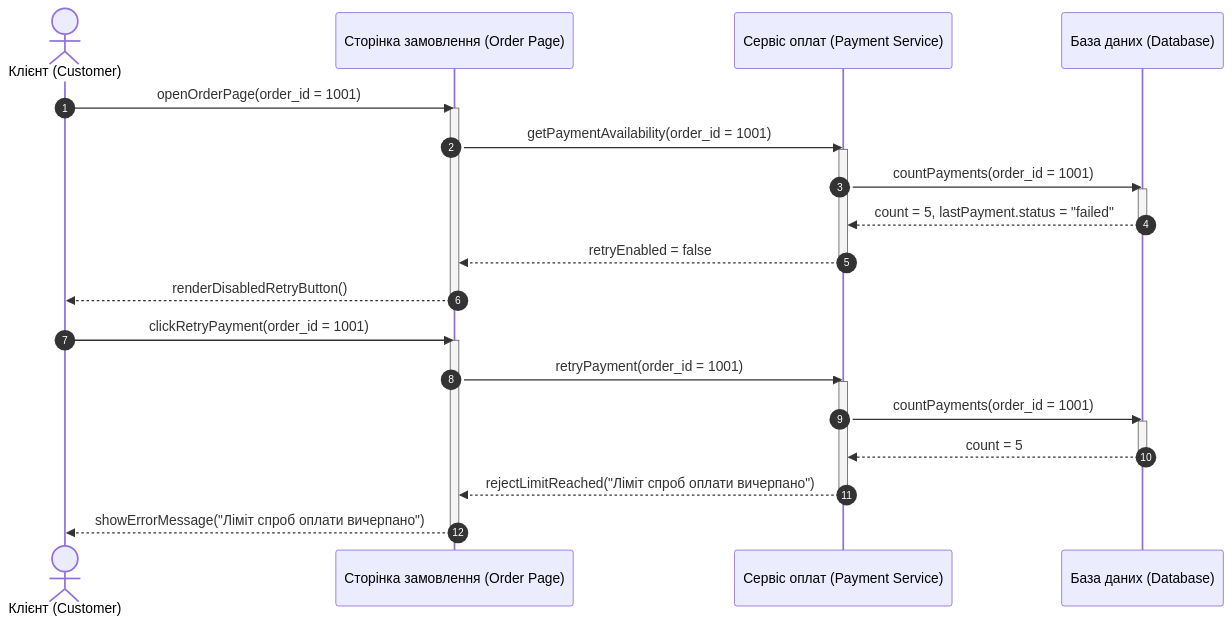
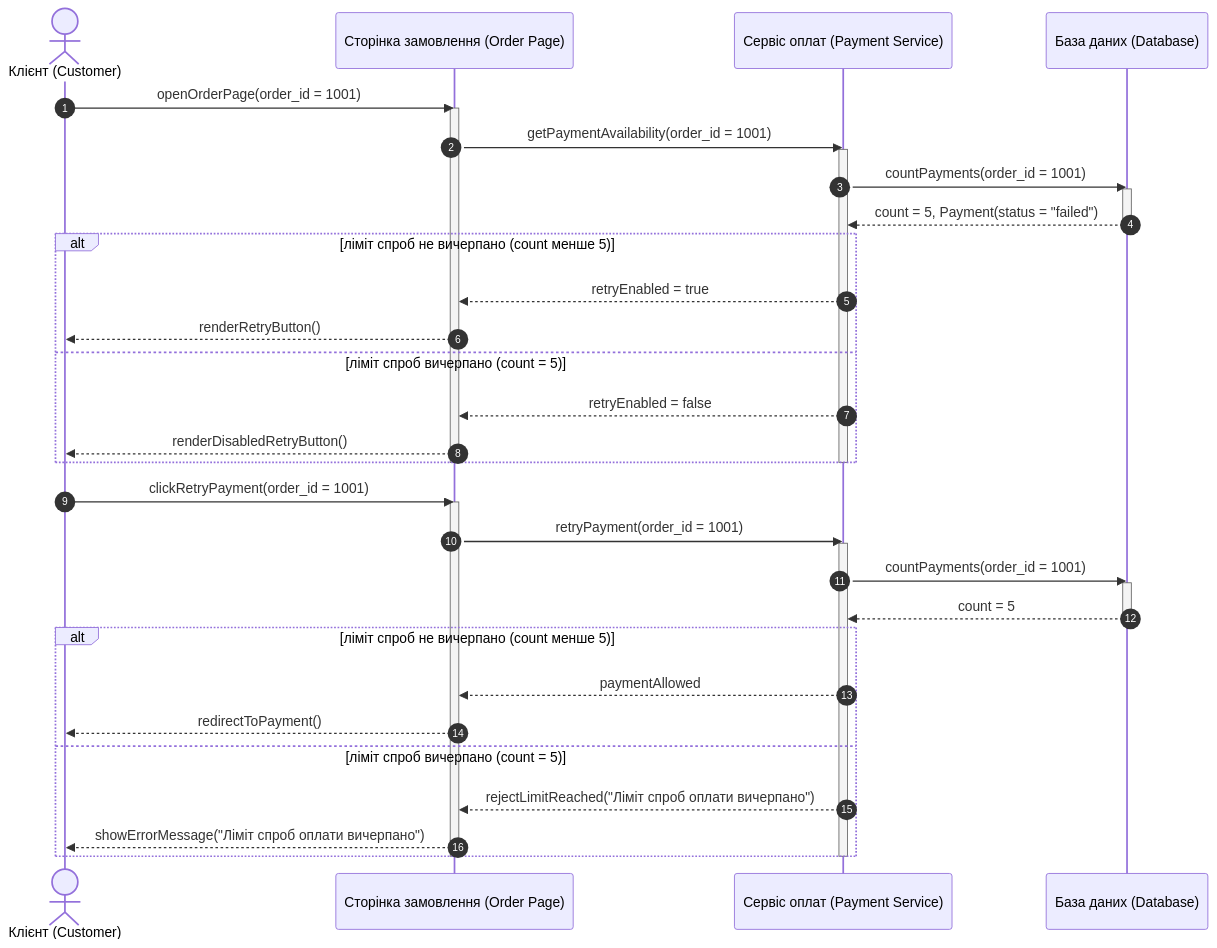
The fourth of 15 diagrams in Lab3/diagram.md (hutnichs/KPI_MAVPZ), drawn with Mermaid before and after one commit. The commit also changed other lines of this file, not shown here.

Commit message:
Refactor payment flow and update details

````diff
--- a/Lab3/diagram.md
+++ b/Lab3/diagram.md
@@ -132,34 +140,44 @@
 ```mermaid
 sequenceDiagram
     autonumber
     actor Customer as Клієнт (Customer)
     participant Page as Сторінка замовлення (Order Page)
     participant PS as Сервіс оплат (Payment Service)
     participant DB as База даних (Database)
 
     Customer->>Page: openOrderPage(order_id = 1001)
     activate Page
     Page->>PS: getPaymentAvailability(order_id = 1001)
     activate PS
     PS->>DB: countPayments(order_id = 1001)
     activate DB
-    DB-->>PS: count = 5, lastPayment.status = "failed"
+    DB-->>PS: count = 5, Payment(status = "failed")
     deactivate DB
-    PS-->>Page: retryEnabled = false
+    alt ліміт спроб не вичерпано (count менше 5)
+        PS-->>Page: retryEnabled = true
+        Page-->>Customer: renderRetryButton()
+    else ліміт спроб вичерпано (count = 5)
+        PS-->>Page: retryEnabled = false
+        Page-->>Customer: renderDisabledRetryButton()
+    end
     deactivate PS
-    Page-->>Customer: renderDisabledRetryButton()
     deactivate Page
 
     Customer->>Page: clickRetryPayment(order_id = 1001)
     activate Page
     Page->>PS: retryPayment(order_id = 1001)
     activate PS
     PS->>DB: countPayments(order_id = 1001)
     activate DB
     DB-->>PS: count = 5
     deactivate DB
-    PS-->>Page: rejectLimitReached("Ліміт спроб оплати вичерпано")
+    alt ліміт спроб не вичерпано (count менше 5)
+        PS-->>Page: paymentAllowed
+        Page-->>Customer: redirectToPayment()
+    else ліміт спроб вичерпано (count = 5)
+        PS-->>Page: rejectLimitReached("Ліміт спроб оплати вичерпано")
+        Page-->>Customer: showErrorMessage("Ліміт спроб оплати вичерпано")
+    end
     deactivate PS
-    Page-->>Customer: showErrorMessage("Ліміт спроб оплати вичерпано")
     deactivate Page
 ```
````
